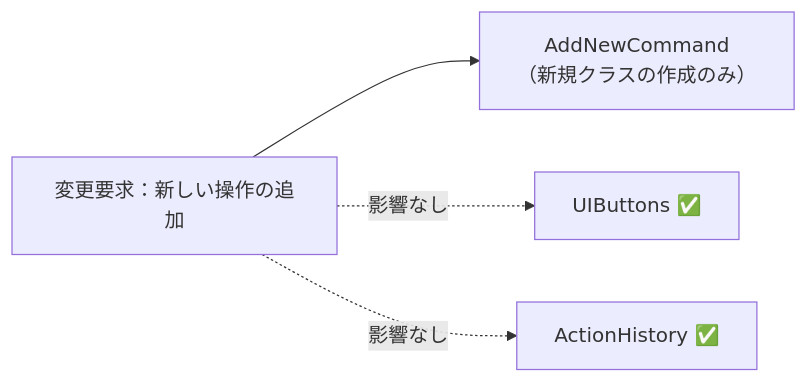
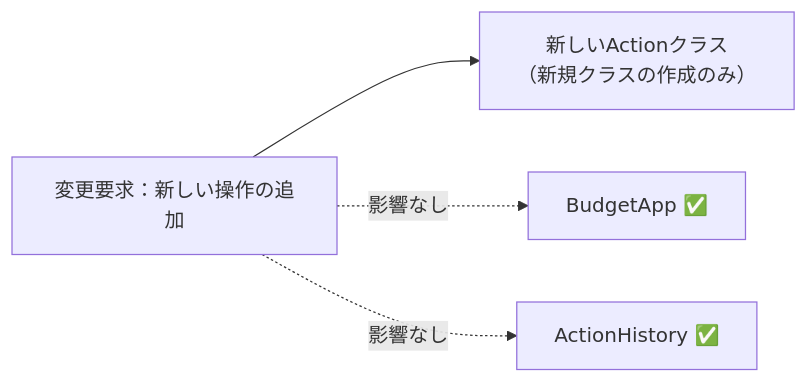
Before and after one commit to kumachan1101-pixel/DesignPattern: the sixth of 7 diagrams in kindle/design-patterns/output/chapter05.md, drawn with Mermaid. The commit also changed other lines of this file and 1 other file, not shown here.

````diff
--- a/kindle/design-patterns/output/chapter05.md
+++ b/kindle/design-patterns/output/chapter05.md
@@ -1263,8 +1263,8 @@
 ```mermaid
 graph LR
     T1["変更要求：新しい操作の追加"]
-        --> F1["AddNewCommand<br>（新規クラスの作成のみ）"]
-    T1 -. "影響なし" .-> A["UIButtons ✅"]
+        --> F1["新しいActionクラス<br>（新規クラスの作成のみ）"]
+    T1 -. "影響なし" .-> A["BudgetApp ✅"]
     T1 -. "影響なし" .-> B["ActionHistory ✅"]
 
 ```
````
